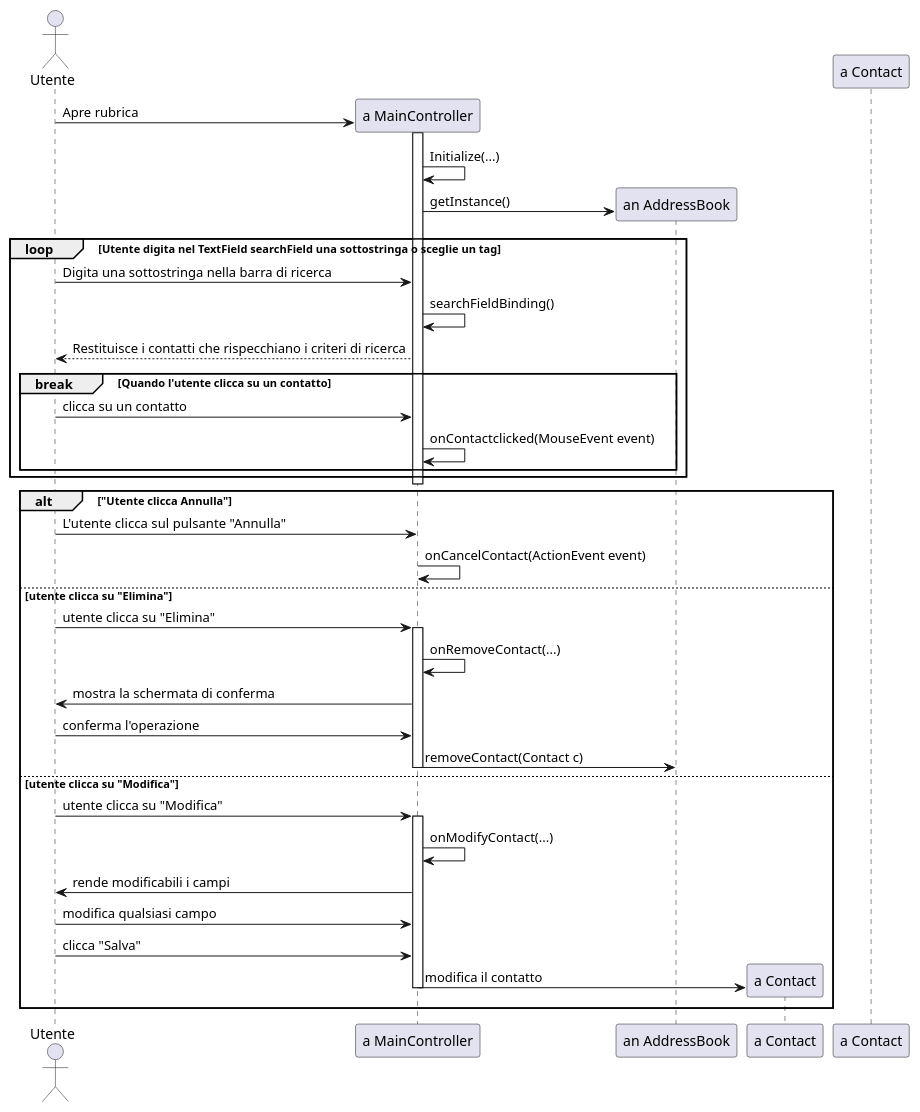
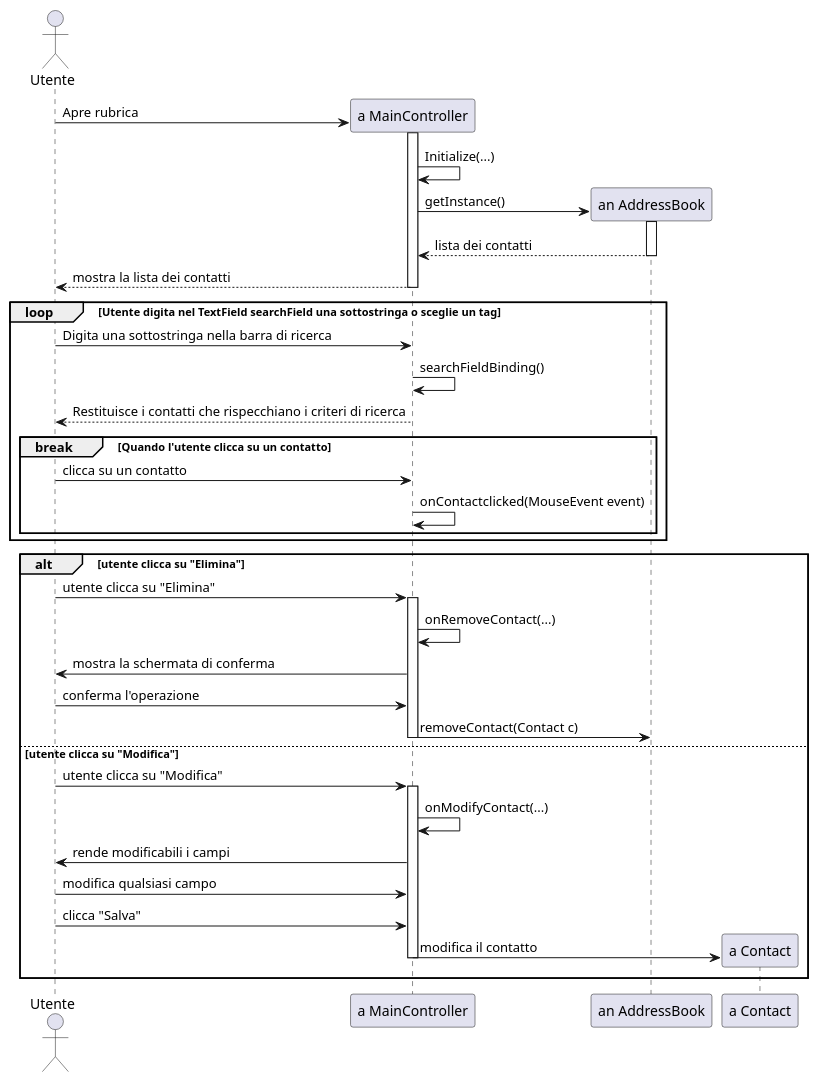
Before and after one commit to savaava/ProgettoRubrica: the diagram in documenti/diagrammaSequenzaC2C3EliminareModificareContatto.puml, drawn with PlantUML.

Commit message:
Refactor2 su diagramma di sequenza C2C3

```diff
--- a/documenti/diagrammaSequenzaC2C3EliminareModificareContatto.puml
+++ b/documenti/diagrammaSequenzaC2C3EliminareModificareContatto.puml
@@ -1,49 +1,50 @@
 @startuml EliminareModificareContatto
 
 actor Utente as u
 participant "a MainController" as mc 
 participant "an AddressBook" as ab 
 participant "a Contact" as c
 
 u -> mc ** : Apre rubrica
 activate mc 
 mc -> mc : Initialize(...)
 mc -> ab ** : getInstance()
+activate ab
+ab --> mc : lista dei contatti
+deactivate ab
+mc --> u : mostra la lista dei contatti
+deactivate
 loop Utente digita nel TextField searchField una sottostringa o sceglie un tag
     u -> mc : Digita una sottostringa nella barra di ricerca
     mc -> mc : searchFieldBinding()
     mc --> u : Restituisce i contatti che rispecchiano i criteri di ricerca
     break Quando l'utente clicca su un contatto
         u -> mc : clicca su un contatto
         mc -> mc : onContactclicked(MouseEvent event)
-        deactivate "a Contact"
+
     end
 end
 deactivate mc
 
-alt "Utente clicca Annulla"
-    u -> mc : L'utente clicca sul pulsante "Annulla"
-    mc -> mc : onCancelContact(ActionEvent event)
-
-else utente clicca su "Elimina"
+alt utente clicca su "Elimina"
 u -> mc : utente clicca su "Elimina"
 activate mc
 mc -> mc : onRemoveContact(...)
 mc -> u : mostra la schermata di conferma
 u -> mc : conferma l'operazione
 mc -> ab : removeContact(Contact c)
 deactivate mc
 
 else utente clicca su "Modifica"
 u -> mc : utente clicca su "Modifica"
 activate mc
 mc -> mc : onModifyContact(...)
 mc -> u : rende modificabili i campi
 u -> mc : modifica qualsiasi campo
 u -> mc : clicca "Salva"
 mc -> c ** : modifica il contatto
 deactivate mc
 
 end
 
 @enduml
```
